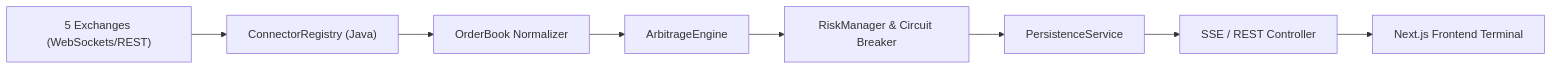
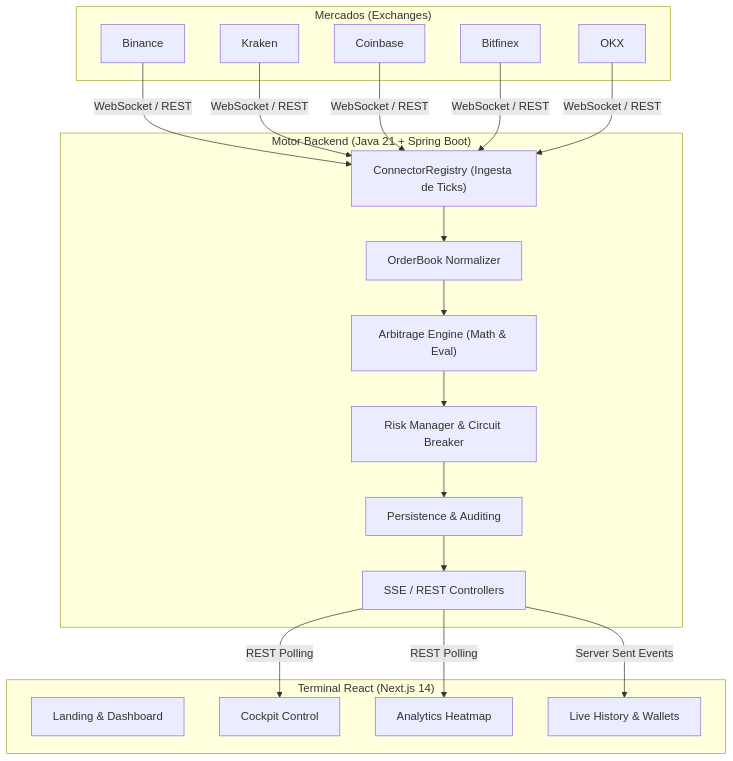
Before and after one commit to JaavRJ/coding-challenge-mexico: the diagram in README.md, drawn with Mermaid. The commit also changed other lines of this file, not shown here.

````diff
--- a/README.md
+++ b/README.md
@@ -57,10 +58,35 @@
 ```mermaid
-flowchart LR
-    V["5 Exchanges (WebSockets/REST)"] --> C["ConnectorRegistry (Java)"]
-    C --> O["OrderBook Normalizer"]
-    O --> A["ArbitrageEngine"]
-    A --> R["RiskManager & Circuit Breaker"]
-    R --> S["PersistenceService"]
-    S --> G["SSE / REST Controller"]
-    G --> U["Next.js Frontend Terminal"]
+flowchart TD
+    subgraph Mercados ["Mercados (Exchanges)"]
+        B["Binance"]
+        K["Kraken"]
+        C["Coinbase"]
+        F["Bitfinex"]
+        O["OKX"]
+    end
+
+    subgraph Backend ["Motor Backend (Java 21 + Spring Boot)"]
+        CR["ConnectorRegistry (Ingesta de Ticks)"]
+        ON["OrderBook Normalizer"]
+        AE["Arbitrage Engine (Math & Eval)"]
+        RM["Risk Manager & Circuit Breaker"]
+        PS["Persistence & Auditing"]
+        SSE["SSE / REST Controllers"]
+    end
+
+    subgraph Frontend ["Terminal React (Next.js 14)"]
+        UI["Landing & Dashboard"]
+        CK["Cockpit Control"]
+        HM["Analytics Heatmap"]
+        LH["Live History & Wallets"]
+    end
+
+    B & K & C & F & O -- WebSocket / REST --> CR
+    CR --> ON
+    ON --> AE
+    AE --> RM
+    RM --> PS
+    PS --> SSE
+    SSE -- Server Sent Events --> LH
+    SSE -- REST Polling --> CK & HM
 ```
````
